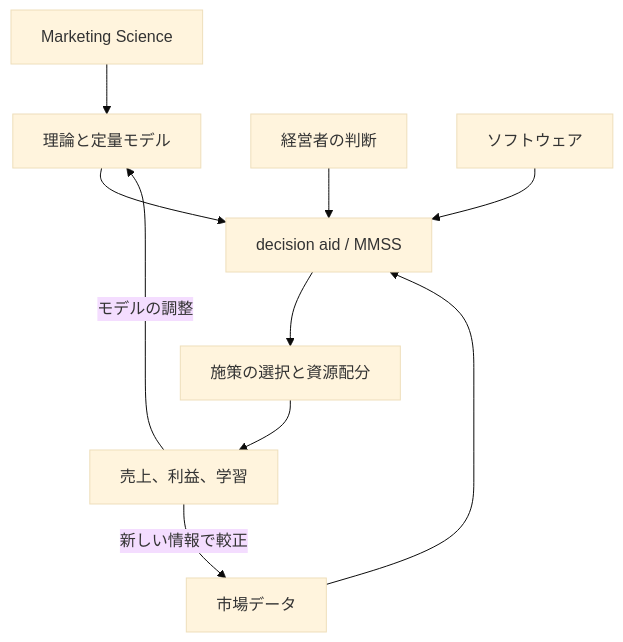
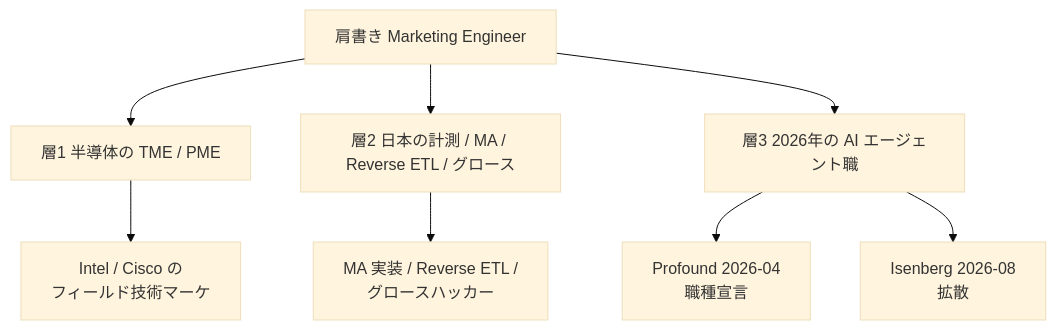
Before and after one commit to suwa-sh/zenn-contents: the first of 2 diagrams in articles/marketing-engineer-2026_20260907.md, drawn with Mermaid (base theme). The commit also changed other lines of this file and 1 other file, not shown here.

Commit message:
docs: update Zenn draft marketing-engineer-2026_20260907

````diff
--- a/articles/marketing-engineer-2026_20260907.md
+++ b/articles/marketing-engineer-2026_20260907.md
@@ -42,12 +20,10 @@
 ```mermaid
 flowchart TD
-  Sci["Marketing Science"] --> Know["理論と定量モデル"]
-  Data["市場データ"] --> Aid["decision aid / MMSS"]
-  Know --> Aid
-  Judge["経営者の判断"] --> Aid
-  Soft["ソフトウェア"] --> Aid
-  Aid --> Dec["施策の選択と資源配分"]
-  Dec --> Out["売上、利益、学習"]
-  Out -->|"新しい情報で較正"| Data
-  Out -->|"モデルの調整"| Know
+  Title["肩書き Marketing Engineer"] --> L1["層1 半導体の TME / PME"]
+  Title --> L2["層2 日本の計測 / MA / Reverse ETL / グロース"]
+  Title --> L3["層3 2026年の AI エージェント職"]
+  L1 --> Intel["Intel / Cisco の<br/>フィールド技術マーケ"]
+  L2 --> JP["MA 実装 / Reverse ETL /<br/>グロースハッカー"]
+  L3 --> Profound["Profound 2026-04<br/>職種宣言"]
+  L3 --> Isenberg["Isenberg 2026-08<br/>拡散"]
 ```
````
